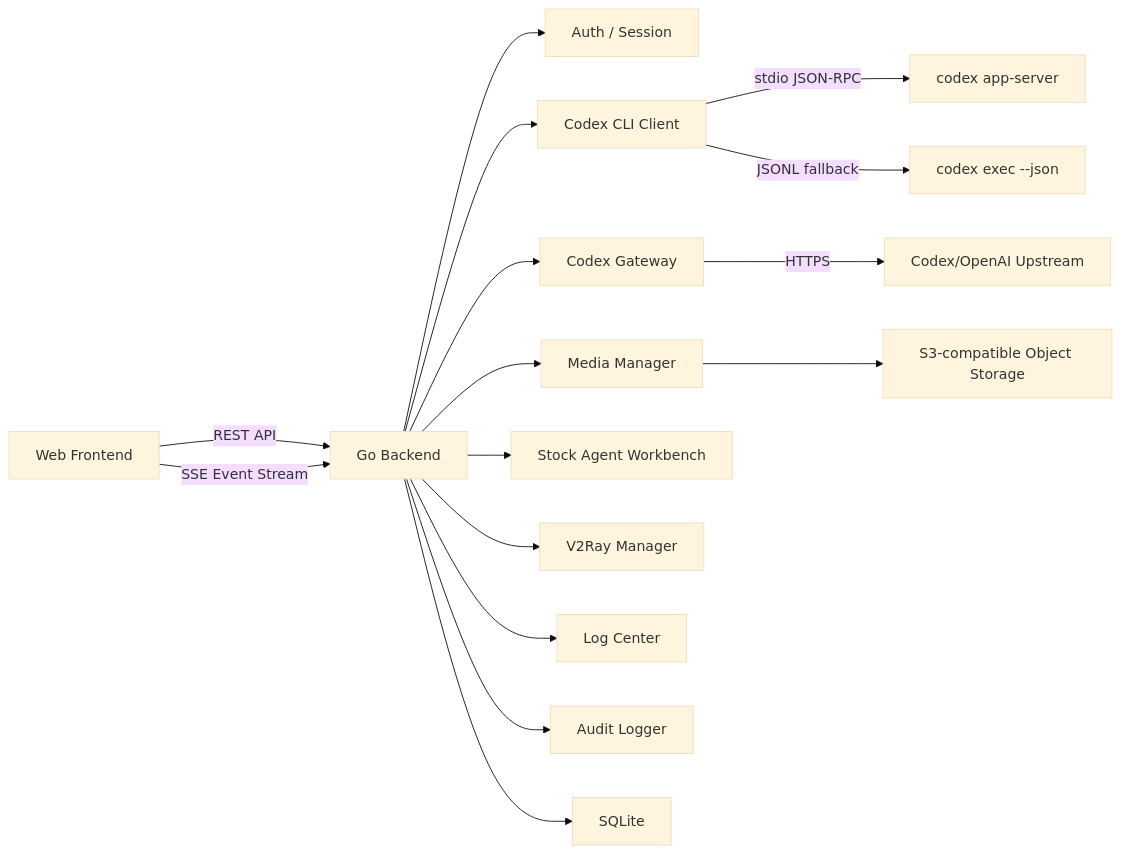
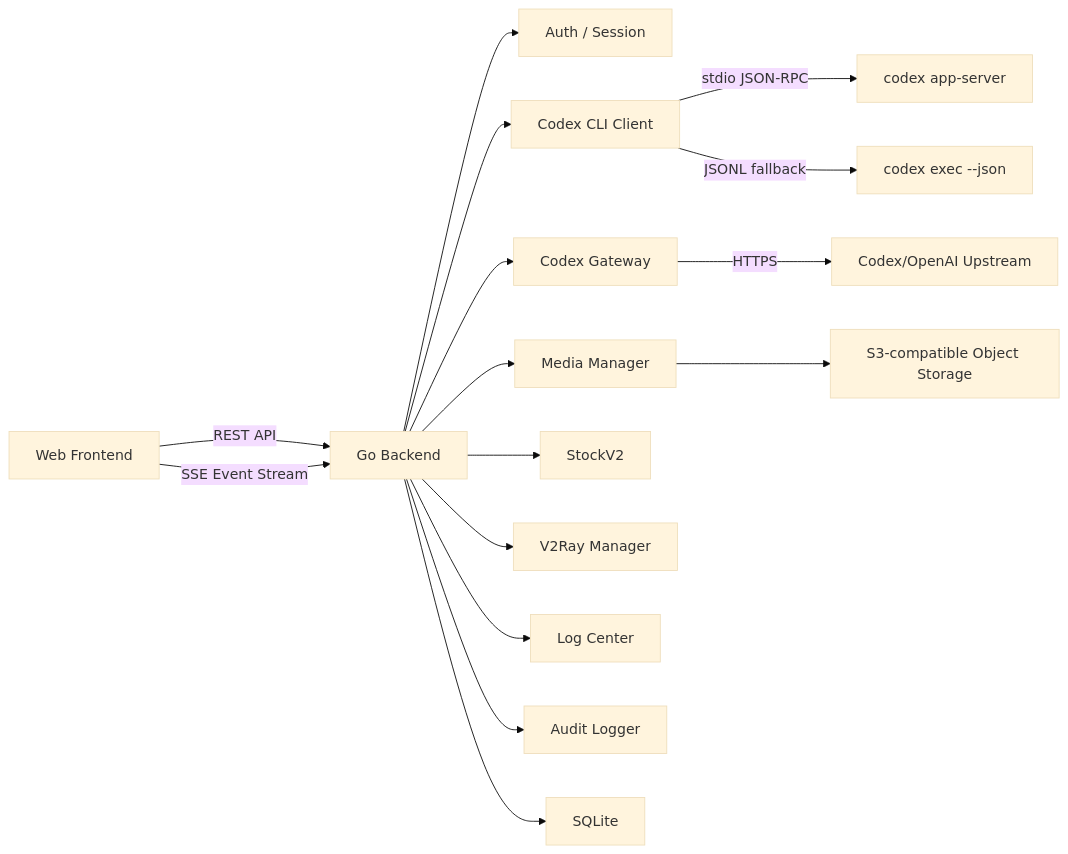
Before and after one commit to NageNalock/phantom-lancer: the first of 2 diagrams in docs/personal-web-terminal-technical-design.md, drawn with Mermaid (base theme). The commit also changed other lines of this file and 46 other files, not shown here.

````diff
--- a/docs/personal-web-terminal-technical-design.md
+++ b/docs/personal-web-terminal-technical-design.md
@@ -39,18 +29,18 @@
 ```mermaid
 flowchart LR
   Browser["Web Frontend"] -->|REST API| Backend["Go Backend"]
   Browser -->|SSE Event Stream| Backend
   Backend --> Auth["Auth / Session"]
   Backend --> CodexClient["Codex CLI Client"]
   Backend --> Gateway["Codex Gateway"]
   Backend --> Media["Media Manager"]
-  Backend --> Stock["Stock Agent Workbench"]
+  Backend --> Stock["StockV2"]
   Backend --> V2Ray["V2Ray Manager"]
   Backend --> Logs["Log Center"]
   Backend --> Audit["Audit Logger"]
   Backend --> Store["SQLite"]
   CodexClient -->|stdio JSON-RPC| CodexAppServer["codex app-server"]
   CodexClient -->|JSONL fallback| CodexExec["codex exec --json"]
   Media --> ObjectStore["S3-compatible Object Storage"]
   Gateway -->|HTTPS| OpenAIUpstream["Codex/OpenAI Upstream"]
 ```
````
